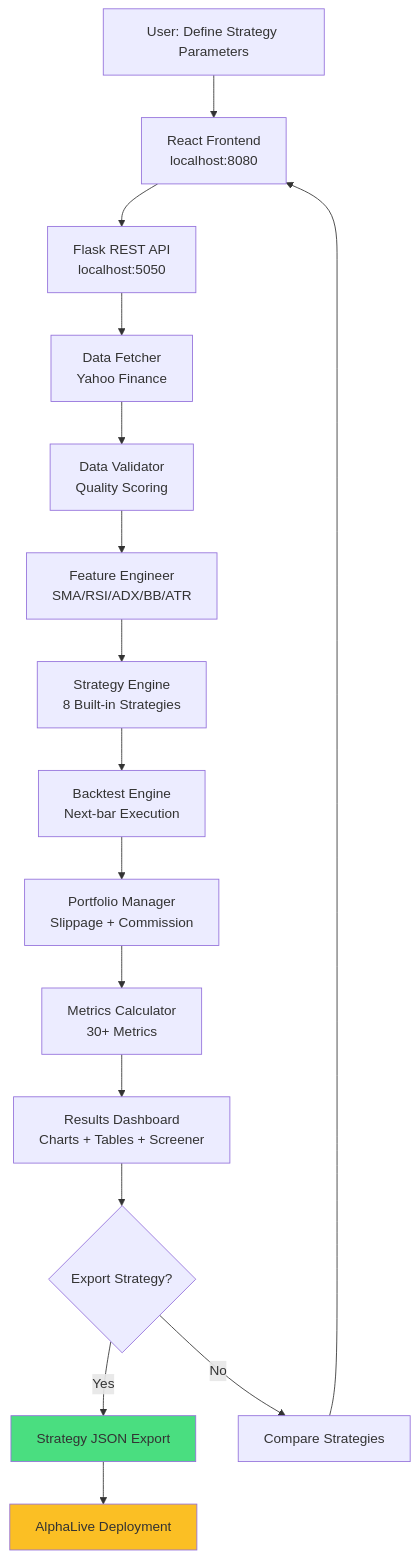
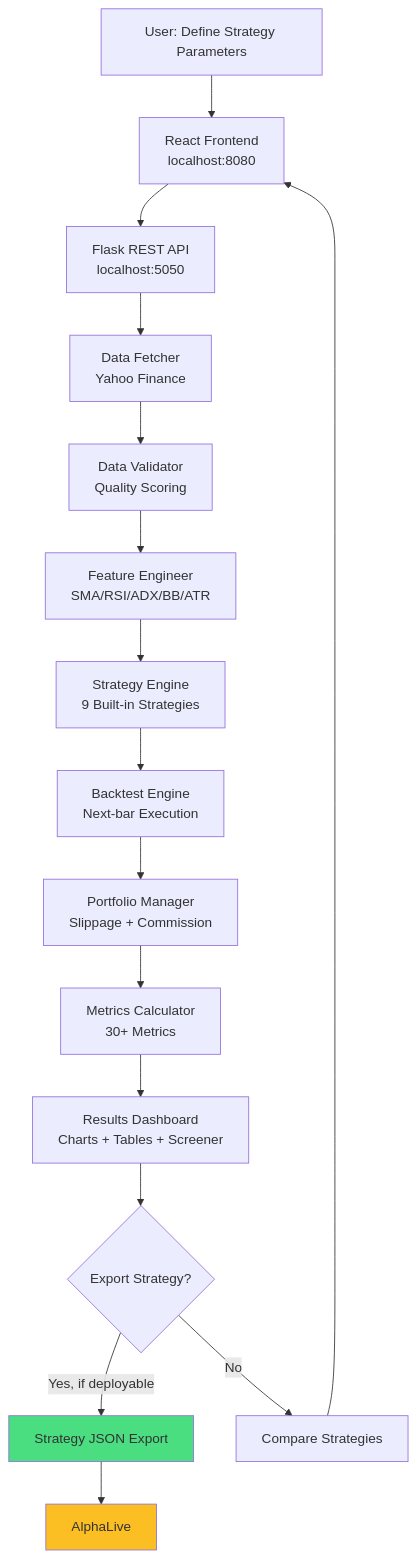
Before and after one commit to bernardoguterres/AlphaLab: the diagram in README.md, drawn with Mermaid. The commit also changed other lines of this file and 11 other files, not shown here.

````diff
--- a/README.md
+++ b/README.md
@@ -11,21 +23,21 @@
 ```mermaid
 flowchart TD
     A[User: Define Strategy Parameters] --> B[React Frontend<br/>localhost:8080]
     B --> C[Flask REST API<br/>localhost:5050]
     C --> D[Data Fetcher<br/>Yahoo Finance]
     D --> E[Data Validator<br/>Quality Scoring]
     E --> F[Feature Engineer<br/>SMA/RSI/ADX/BB/ATR]
-    F --> G[Strategy Engine<br/>8 Built-in Strategies]
+    F --> G[Strategy Engine<br/>9 Built-in Strategies]
     G --> H[Backtest Engine<br/>Next-bar Execution]
     H --> I[Portfolio Manager<br/>Slippage + Commission]
     I --> J[Metrics Calculator<br/>30+ Metrics]
     J --> K[Results Dashboard<br/>Charts + Tables + Screener]
     K --> L{Export Strategy?}
-    L -->|Yes| M[Strategy JSON Export]
-    M --> N[AlphaLive Deployment]
+    L -->|Yes, if deployable| M[Strategy JSON Export]
+    M --> N[AlphaLive]
     L -->|No| O[Compare Strategies]
     O --> B
-    
+
     style M fill:#4ade80
     style N fill:#fbbf24
 ```
````
